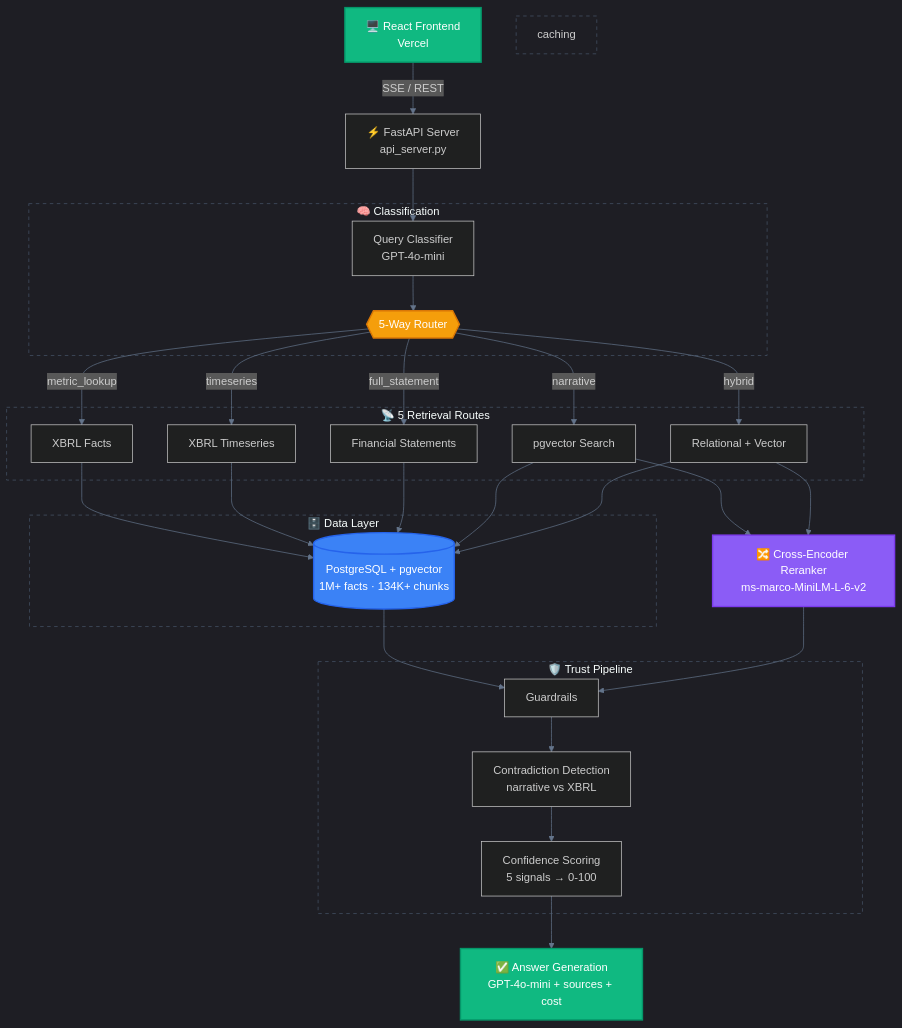
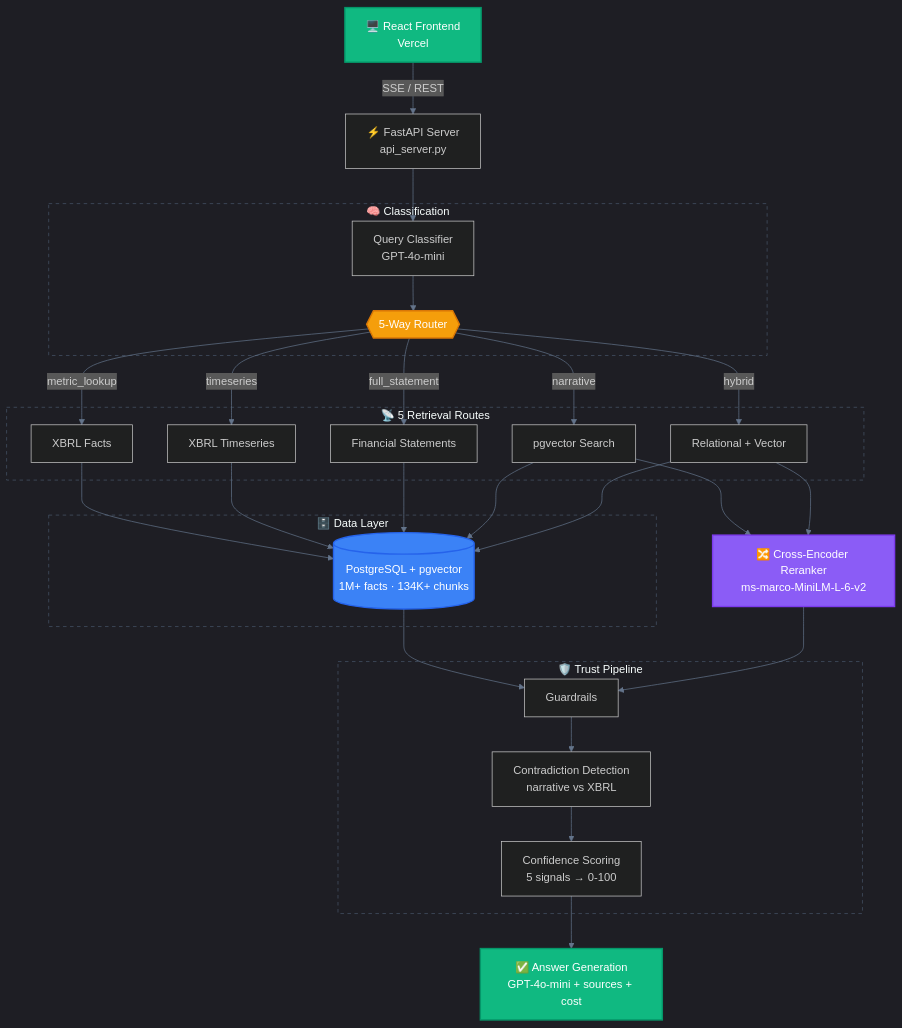
The first of 2 diagrams in docs/architecture.md (Ashu290905/Financial-Intelligence-Engine), drawn with Mermaid before and after one commit.

````diff
--- a/docs/architecture.md
+++ b/docs/architecture.md
@@ -9,62 +9,62 @@
 ```mermaid
 %%{init: {'theme': 'dark', 'themeVariables': {'primaryColor': '#1e293b', 'primaryBorderColor': '#475569', 'lineColor': '#64748b'}}}%%
 graph TD
     A["🖥️ React Frontend<br/>Vercel"] -->|"SSE / REST"| B["⚡ FastAPI Server<br/>api_server.py"]
 
     B --> D
 
     subgraph classification [" 🧠 Classification "]
         D["Query Classifier<br/>GPT-4o-mini"]
         D --> E{{"5-Way Router"}}
     end
 
     subgraph retrieval [" 📡 5 Retrieval Routes "]
         E -->|"metric_lookup"| F["XBRL Facts"]
         E -->|"timeseries"| G["XBRL Timeseries"]
         E -->|"full_statement"| H["Financial Statements"]
         E -->|"narrative"| I["pgvector Search"]
         E -->|"hybrid"| J["Relational + Vector"]
     end
 
     subgraph data [" 🗄️ Data Layer "]
         K[("PostgreSQL + pgvector<br/>1M+ facts · 134K+ chunks")]
     end
 
     F --> K
     G --> K
     H --> K
     I --> K
     J --> K
 
     I --> L["🔀 Cross-Encoder Reranker<br/>ms-marco-MiniLM-L-6-v2"]
     J --> L
 
     subgraph trust [" 🛡️ Trust Pipeline "]
         M["Guardrails"]
         M --> M2["Contradiction Detection<br/>narrative vs XBRL"]
         M2 --> M3["Confidence Scoring<br/>5 signals → 0-100"]
     end
 
     K --> M
     L --> M
 
     M3 --> N["✅ Answer Generation<br/>GPT-4o-mini + sources + cost"]
 
     classDef frontend fill:#10b981,stroke:#059669,color:#fff,stroke-width:2px
     classDef router fill:#f59e0b,stroke:#d97706,color:#fff,stroke-width:2px
     classDef db fill:#3b82f6,stroke:#2563eb,color:#fff,stroke-width:2px
     classDef ml fill:#8b5cf6,stroke:#7c3aed,color:#fff,stroke-width:2px
     classDef output fill:#10b981,stroke:#059669,color:#fff,stroke-width:2px
 
     class A frontend
     class E router
     class K db
     class L ml
     class N output
 
-    style caching fill:transparent,stroke:#475569,stroke-width:1px,stroke-dasharray:5 5
+    
     style classification fill:transparent,stroke:#475569,stroke-width:1px,stroke-dasharray:5 5
     style retrieval fill:transparent,stroke:#475569,stroke-width:1px,stroke-dasharray:5 5
     style data fill:transparent,stroke:#475569,stroke-width:1px,stroke-dasharray:5 5
     style trust fill:transparent,stroke:#475569,stroke-width:1px,stroke-dasharray:5 5
 ```
````
